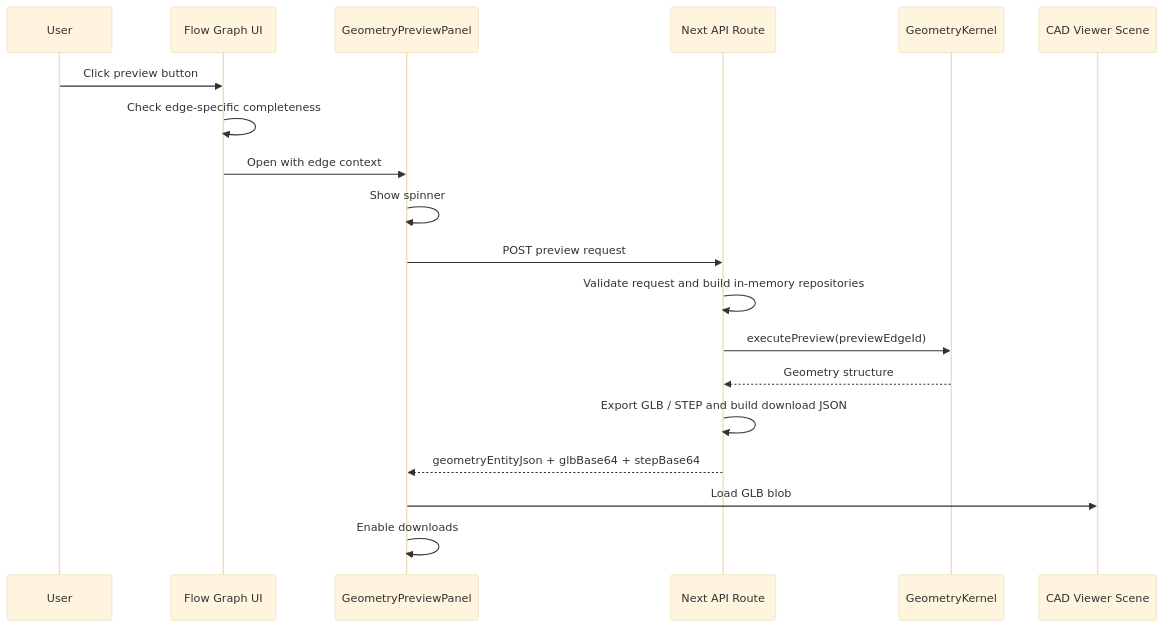
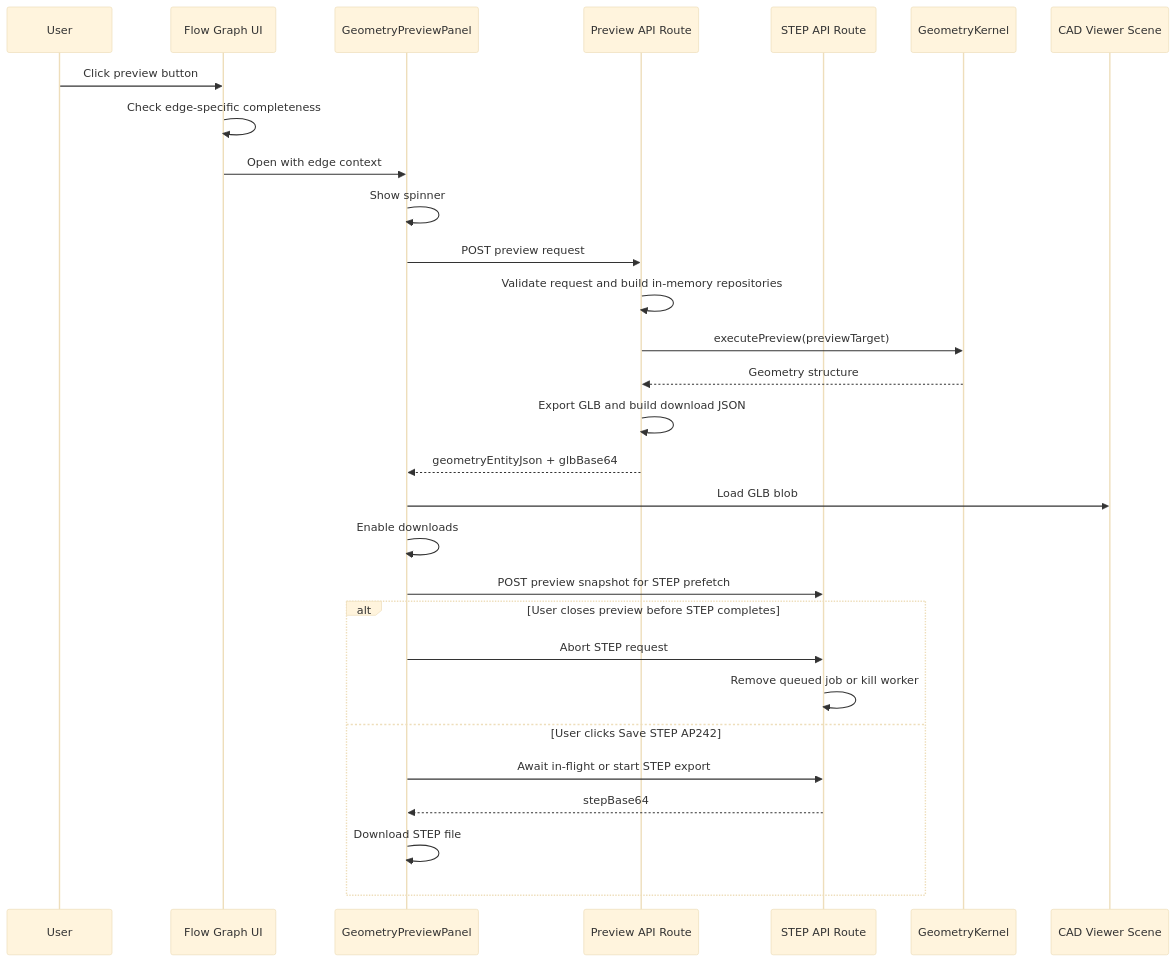
The second of 2 diagrams in docs/ui/geometry-preview.md (henry861010/process_flow_v2), drawn with Mermaid (base theme) before and after one commit. The commit also changed other lines of this file and 18 other files, not shown here.

````diff
--- a/docs/ui/geometry-preview.md
+++ b/docs/ui/geometry-preview.md
@@ -417,22 +471,32 @@
 ```mermaid
 sequenceDiagram
   participant User
   participant Graph as Flow Graph UI
   participant Panel as GeometryPreviewPanel
-  participant API as Next API Route
+  participant PreviewAPI as Preview API Route
+  participant StepAPI as STEP API Route
   participant Kernel as GeometryKernel
   participant Viewer as CAD Viewer Scene
 
   User->>Graph: Click preview button
   Graph->>Graph: Check edge-specific completeness
   Graph->>Panel: Open with edge context
   Panel->>Panel: Show spinner
-  Panel->>API: POST preview request
-  API->>API: Validate request and build in-memory repositories
-  API->>Kernel: executePreview(previewEdgeId)
-  Kernel-->>API: Geometry structure
-  API->>API: Export GLB / STEP and build download JSON
-  API-->>Panel: geometryEntityJson + glbBase64 + stepBase64
+  Panel->>PreviewAPI: POST preview request
+  PreviewAPI->>PreviewAPI: Validate request and build in-memory repositories
+  PreviewAPI->>Kernel: executePreview(previewTarget)
+  Kernel-->>PreviewAPI: Geometry structure
+  PreviewAPI->>PreviewAPI: Export GLB and build download JSON
+  PreviewAPI-->>Panel: geometryEntityJson + glbBase64
   Panel->>Viewer: Load GLB blob
   Panel->>Panel: Enable downloads
+  Panel->>StepAPI: POST preview snapshot for STEP prefetch
+  alt User closes preview before STEP completes
+    Panel->>StepAPI: Abort STEP request
+    StepAPI->>StepAPI: Remove queued job or kill worker
+  else User clicks Save STEP AP242
+    Panel->>StepAPI: Await in-flight or start STEP export
+    StepAPI-->>Panel: stepBase64
+    Panel->>Panel: Download STEP file
+  end
 ```
````
